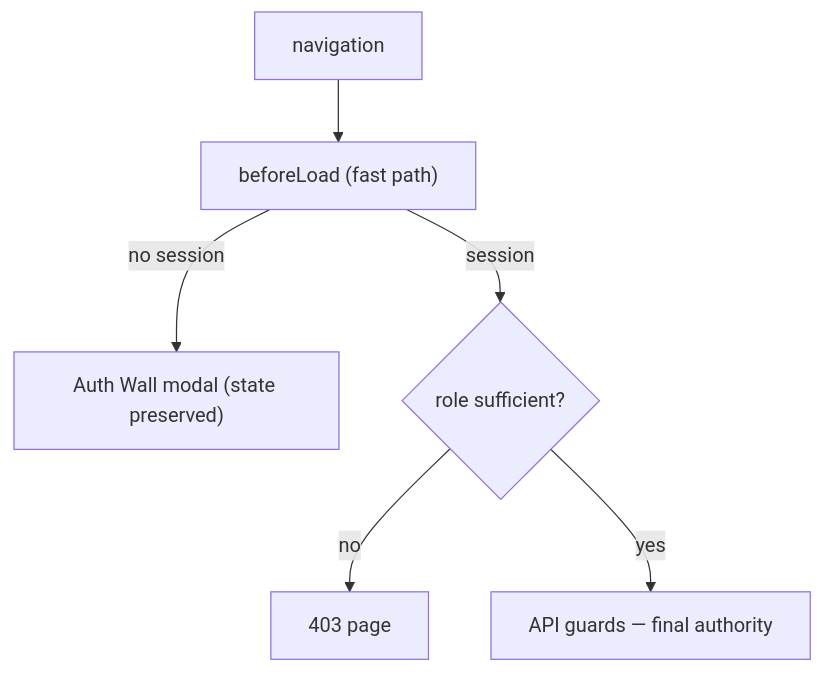
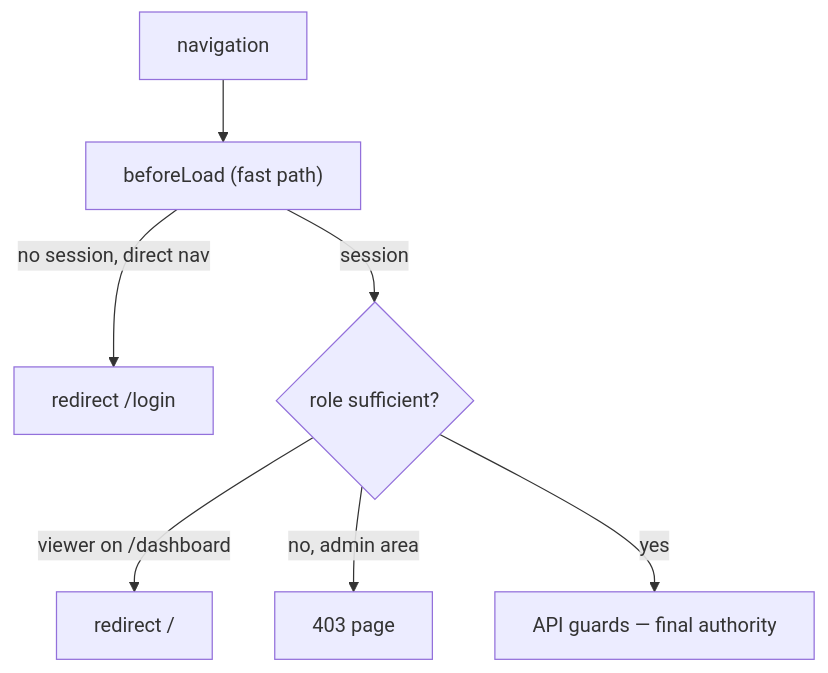
The second of 2 diagrams in docs/guides/frontend.md (bal16/declic-web), drawn with Mermaid before and after one commit. The commit also changed other lines of this file and 111 other files, not shown here.

````diff
--- a/docs/guides/frontend.md
+++ b/docs/guides/frontend.md
@@ -103,8 +164,9 @@
 ```mermaid
 flowchart TD
     NAV["navigation"] --> BL["beforeLoad (fast path)"]
-    BL -->|no session| MODAL["Auth Wall modal (state preserved)"]
+    BL -->|no session, direct nav| LOGIN["redirect /login"]
     BL -->|session| ROLE{"role sufficient?"}
-    ROLE -->|no| F403["403 page"]
+    ROLE -->|viewer on /dashboard| HOME["redirect /"]
+    ROLE -->|no, admin area| F403["403 page"]
     ROLE -->|yes| API["API guards — final authority"]
 ```
````
